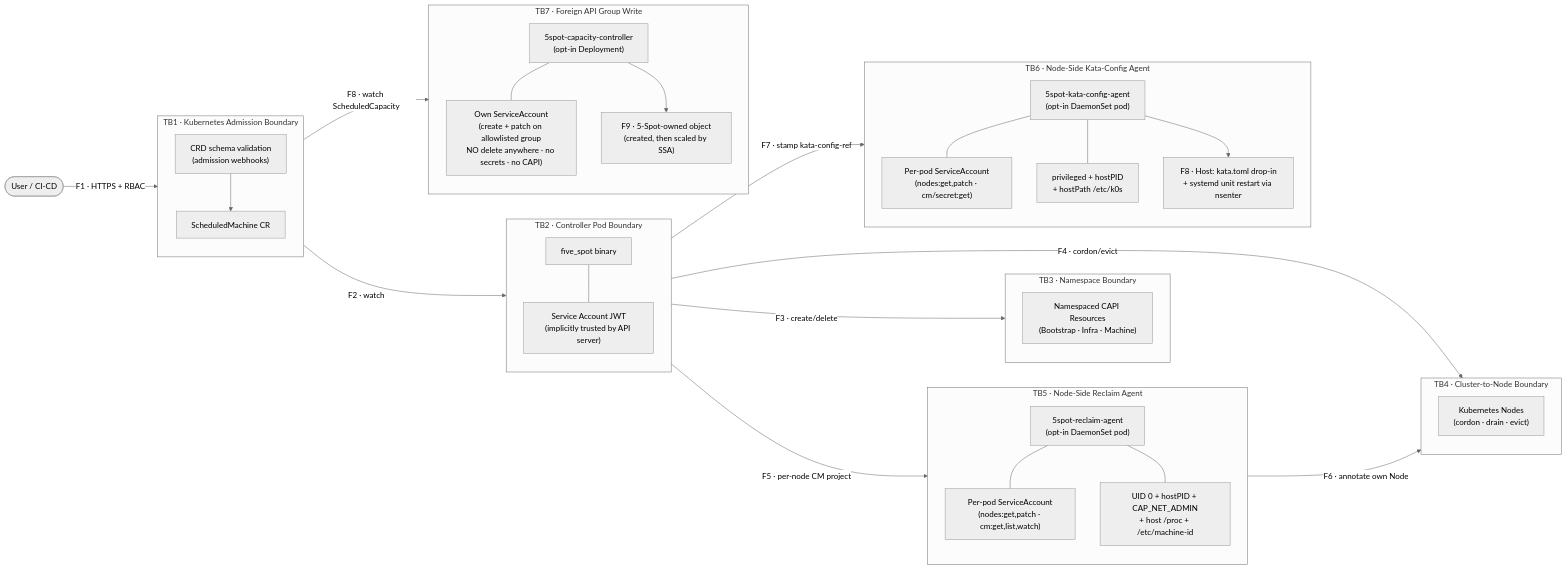
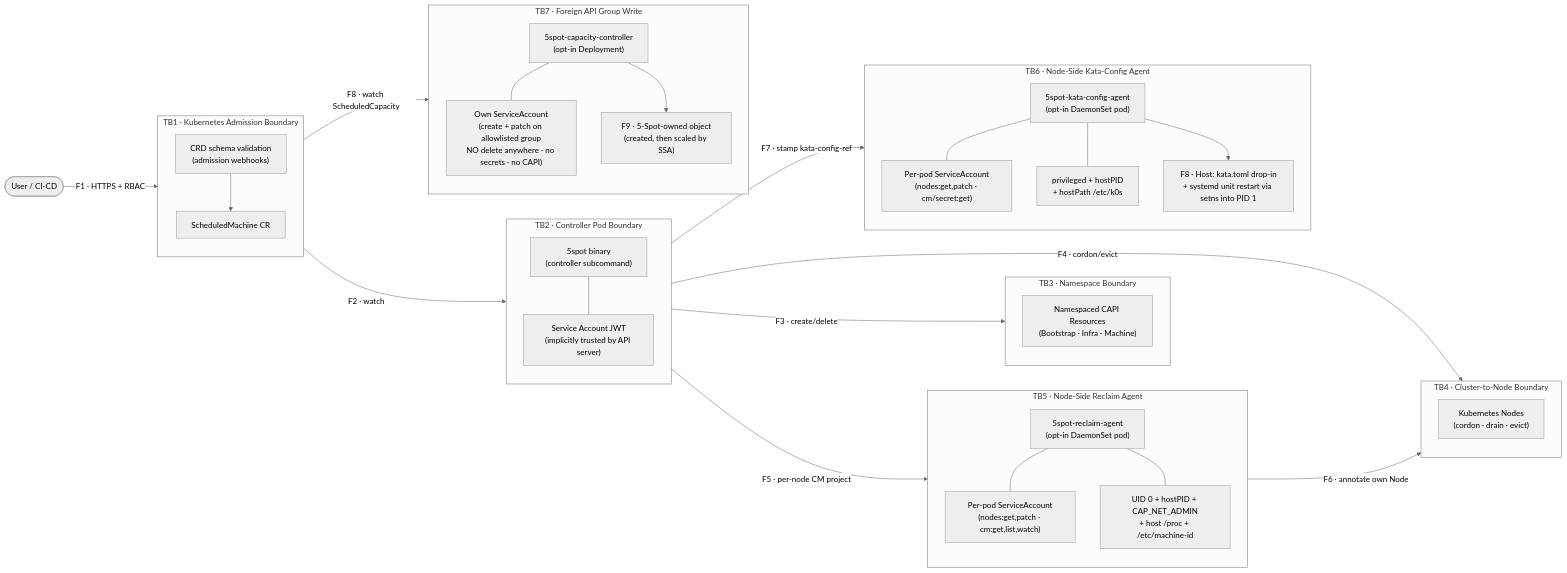
Before and after one commit to finos/5-spot: the second of 2 diagrams in docs/src/security/threat-model.md, drawn with Mermaid (neutral theme). The commit also changed other lines of this file and 63 other files, not shown here.

First line of the commit message:
feat: one 5spot binary with subcommands in one image (ADR 0020) (#200)

````diff
--- a/docs/src/security/threat-model.md
+++ b/docs/src/security/threat-model.md
@@ -212,66 +230,66 @@
 ```mermaid
 flowchart LR
     User(["User / CI-CD"])
 
     subgraph TB1["TB1 · Kubernetes Admission Boundary"]
         direction TB
         AW["CRD schema validation\n(admission webhooks)"]
         SM["ScheduledMachine CR"]
         AW --> SM
     end
 
     subgraph TB2["TB2 · Controller Pod Boundary"]
         direction TB
-        Bin["five_spot binary"]
+        Bin["5spot binary\n(controller subcommand)"]
         SA["Service Account JWT\n(implicitly trusted by API server)"]
         Bin --- SA
     end
 
     subgraph TB3["TB3 · Namespace Boundary"]
         direction TB
         NS["Namespaced CAPI Resources\n(Bootstrap · Infra · Machine)"]
     end
 
     subgraph TB4["TB4 · Cluster-to-Node Boundary"]
         direction TB
         Nodes["Kubernetes Nodes\n(cordon · drain · evict)"]
     end
 
     subgraph TB5["TB5 · Node-Side Reclaim Agent"]
         direction TB
         Agent["5spot-reclaim-agent\n(opt-in DaemonSet pod)"]
         AgentSA["Per-pod ServiceAccount\n(nodes:get,patch · cm:get,list,watch)"]
         Caps["UID 0 + hostPID + CAP_NET_ADMIN\n+ host /proc + /etc/machine-id"]
         Agent --- AgentSA
         Agent --- Caps
     end
 
     subgraph TB6["TB6 · Node-Side Kata-Config Agent"]
         direction TB
         KAgent["5spot-kata-config-agent\n(opt-in DaemonSet pod)"]
         KSA["Per-pod ServiceAccount\n(nodes:get,patch · cm/secret:get)"]
         KCaps["privileged + hostPID\n+ hostPath /etc/k0s"]
-        KHost["F8 · Host: kata.toml drop-in\n+ systemd unit restart via nsenter"]
+        KHost["F8 · Host: kata.toml drop-in\n+ systemd unit restart via setns into PID 1"]
         KAgent --- KSA
         KAgent --- KCaps
         KAgent --> KHost
     end
 
     subgraph TB7["TB7 · Foreign API Group Write"]
         direction TB
         CapCtl["5spot-capacity-controller\n(opt-in Deployment)"]
         CapSA["Own ServiceAccount\n(create + patch on allowlisted group\nNO delete anywhere · no secrets · no CAPI)"]
         Target["F9 · 5-Spot-owned object\n(created, then scaled by SSA)"]
         CapCtl --- CapSA
         CapCtl --> Target
     end
 
     User -->|"F1 · HTTPS + RBAC"| TB1
     TB1 -->|"F2 · watch"| TB2
     TB2 -->|"F3 · create/delete"| TB3
     TB2 -->|"F4 · cordon/evict"| TB4
     TB2 -->|"F5 · per-node CM project"| TB5
     TB5 -->|"F6 · annotate own Node"| TB4
     TB2 -->|"F7 · stamp kata-config-ref"| TB6
     TB1 -->|"F8 · watch ScheduledCapacity"| TB7
 ```
````
